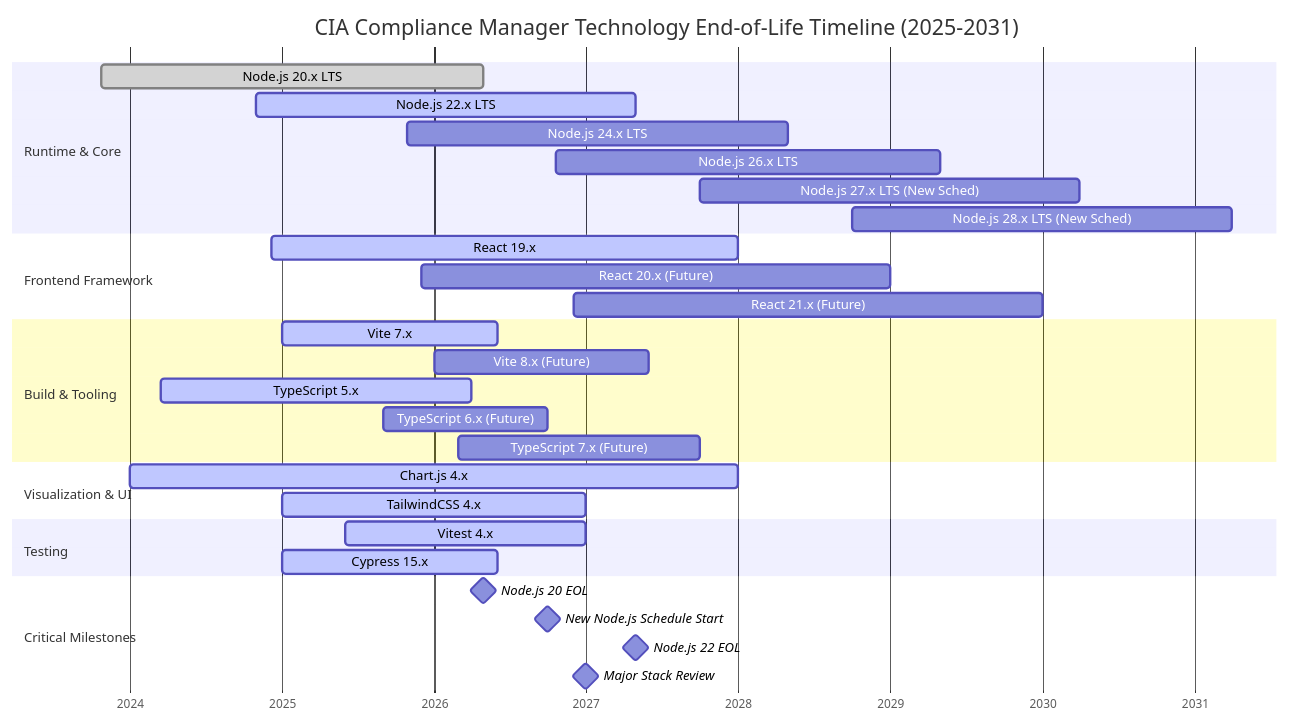
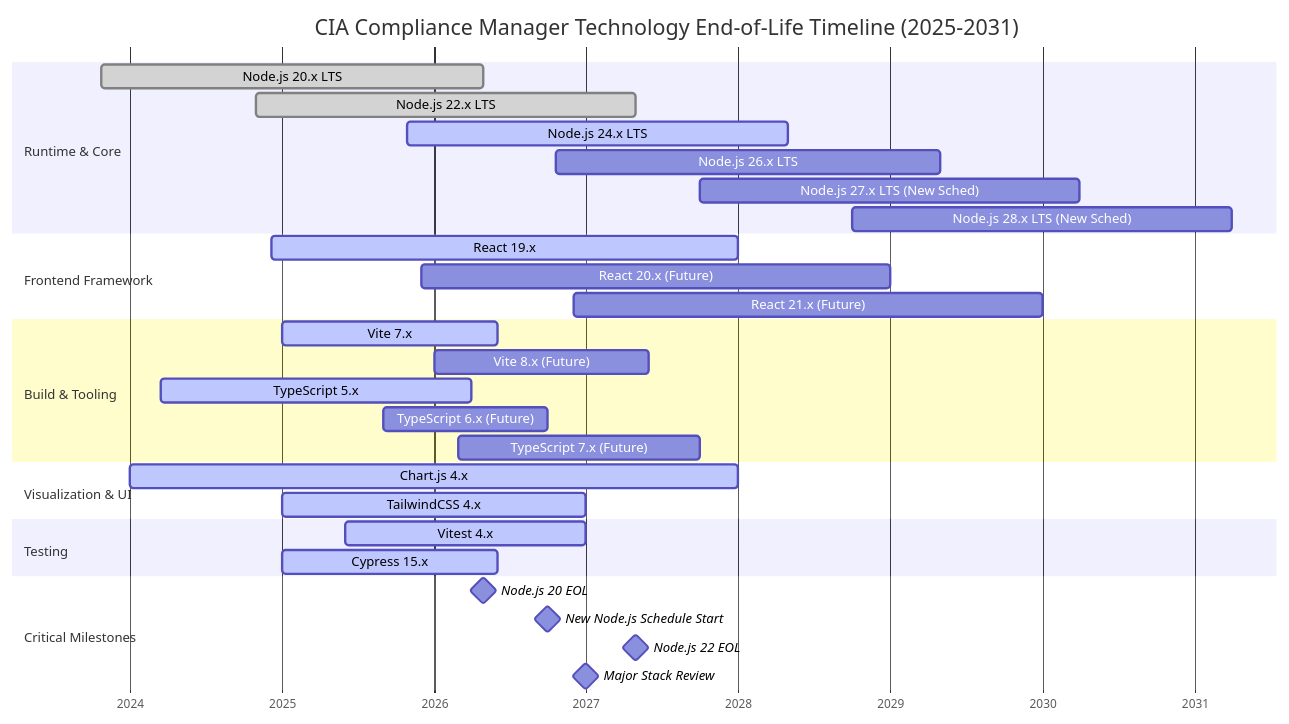
The fourth of 9 diagrams in docs/End-of-Life-Strategy.md (Hack23/cia-compliance-manager), drawn with Mermaid before and after one commit. The commit also changed other lines of this file and 3 other files, not shown here.

First line of the commit message:
Address review: use Node.js 24 everywhere, clarify 27.x alpha vs GA timeline

````diff
--- a/docs/End-of-Life-Strategy.md
+++ b/docs/End-of-Life-Strategy.md
@@ -299,40 +299,40 @@
 ```mermaid
 gantt
     title CIA Compliance Manager Technology End-of-Life Timeline (2025-2031)
     dateFormat YYYY-MM-DD
     axisFormat %Y
 
     section Runtime & Core
     Node.js 20.x LTS          :done, node20, 2023-10-24, 2026-04-30
-    Node.js 22.x LTS          :active, node22, 2024-10-29, 2027-04-30
-    Node.js 24.x LTS          :node24, 2025-10-28, 2028-04-30
+    Node.js 22.x LTS          :done, node22, 2024-10-29, 2027-04-30
+    Node.js 24.x LTS          :active, node24, 2025-10-28, 2028-04-30
     Node.js 26.x LTS          :node26, 2026-10-20, 2029-04-30
     Node.js 27.x LTS (New Sched) :node27, 2027-10-01, 2030-04-01
     Node.js 28.x LTS (New Sched) :node28, 2028-10-01, 2031-04-01
 
     section Frontend Framework
     React 19.x                :active, react19, 2024-12-05, 2027-12-31
     React 20.x (Future)       :react20, 2025-12-01, 2028-12-31
     React 21.x (Future)       :react21, 2026-12-01, 2029-12-31
 
     section Build & Tooling
     Vite 7.x                  :active, vite7, 2025-01-01, 2026-06-01
     Vite 8.x (Future)         :vite8, 2026-01-01, 2027-06-01
     TypeScript 5.x            :active, ts5, 2024-03-16, 2026-03-31
     TypeScript 6.x (Future)   :ts6, 2025-09-01, 2026-09-30
     TypeScript 7.x (Future)   :ts7, 2026-03-01, 2027-09-30
 
     section Visualization & UI
     Chart.js 4.x              :active, chartjs4, 2024-01-01, 2027-12-31
     TailwindCSS 4.x           :active, tailwind4, 2025-01-01, 2027-01-01
 
     section Testing
     Vitest 4.x                :active, vitest4, 2025-06-01, 2026-12-31
     Cypress 15.x              :active, cypress15, 2025-01-01, 2026-06-01
 
     section Critical Milestones
     Node.js 20 EOL            :milestone, node20eol, 2026-04-30, 0d
     New Node.js Schedule Start :milestone, newschedstart, 2026-10-01, 0d
     Node.js 22 EOL            :milestone, node22eol, 2027-04-30, 0d
     Major Stack Review        :milestone, stackreview, 2027-01-01, 0d
 ```
````
